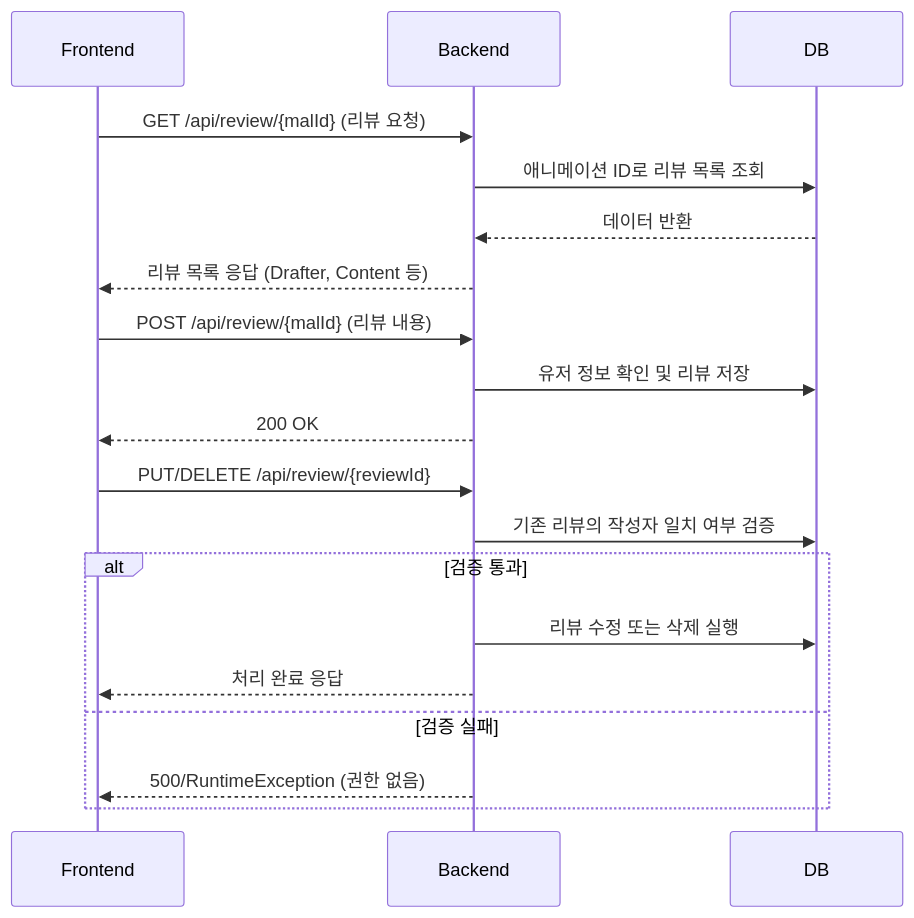
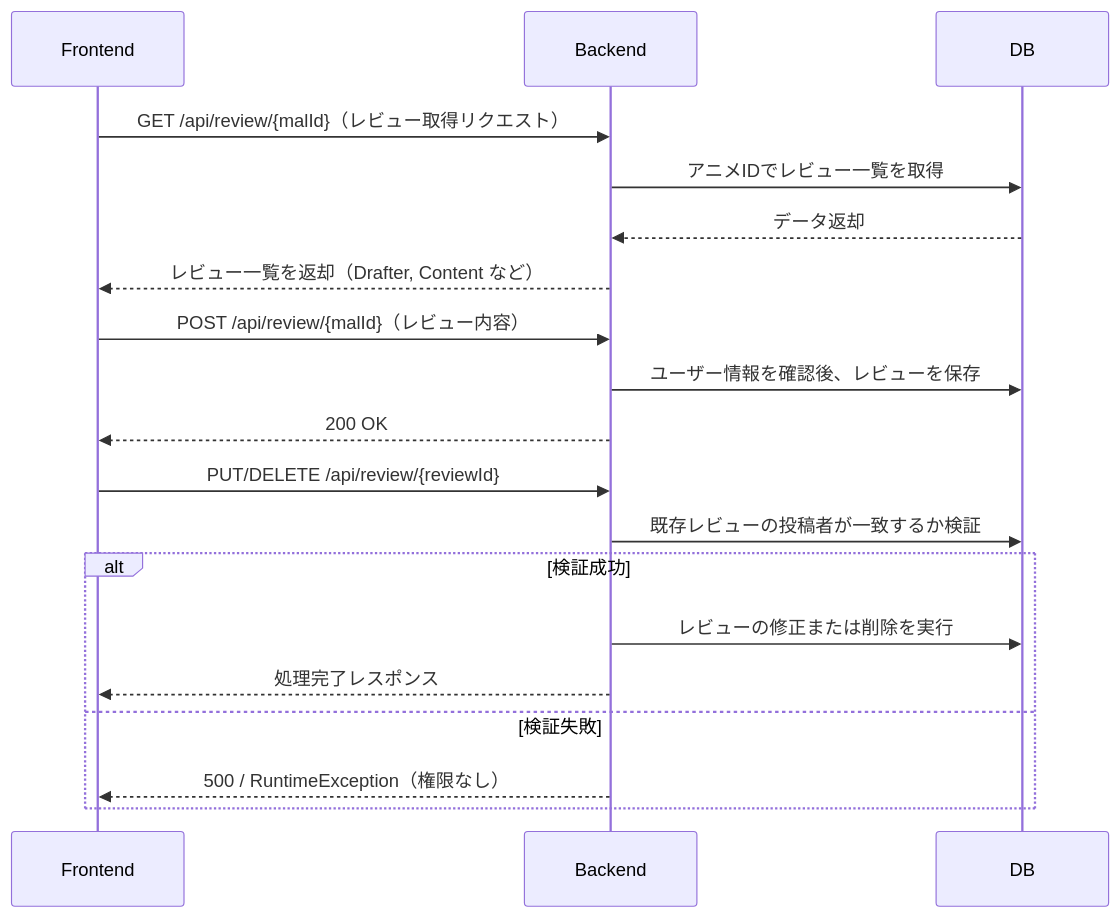
The eighth of 10 diagrams in README_img/SEQUENCE.md (You-HyunHo/ani-frontend), drawn with Mermaid before and after one commit. The commit also changed other lines of this file, not shown here.

````diff
--- a/README_img/SEQUENCE.md
+++ b/README_img/SEQUENCE.md
@@ -155,27 +155,28 @@
 ```mermaid
 sequenceDiagram
     participant FE as Frontend
     participant BE as Backend
     participant DB 
-    %% 1. 조회
-    FE->>BE: GET /api/review/{malId} (리뷰 요청)
-    BE->>DB: 애니메이션 ID로 리뷰 목록 조회
-    DB-->>BE: 데이터 반환
-    BE-->>FE: 리뷰 목록 응답 (Drafter, Content 등)
 
-    %% 2. 작성
-    FE->>BE: POST /api/review/{malId} (리뷰 내용)
-    BE->>DB: 유저 정보 확인 및 리뷰 저장
+    %% 1. 取得
+    FE->>BE: GET /api/review/{malId}（レビュー取得リクエスト）
+    BE->>DB: アニメIDでレビュー一覧を取得
+    DB-->>BE: データ返却
+    BE-->>FE: レビュー一覧を返却（Drafter, Content など）
+
+    %% 2. 作成
+    FE->>BE: POST /api/review/{malId}（レビュー内容）
+    BE->>DB: ユーザー情報を確認後、レビューを保存
     BE-->>FE: 200 OK
 
-    %% 3. 수정/삭제
+    %% 3. 修正／削除
     FE->>BE: PUT/DELETE /api/review/{reviewId}
-    BE->>DB: 기존 리뷰의 작성자 일치 여부 검증
+    BE->>DB: 既存レビューの投稿者が一致するか検証
     
-    alt 검증 통과
-        BE->>DB: 리뷰 수정 또는 삭제 실행
-        BE-->>FE: 처리 완료 응답
-    else 검증 실패
-        BE-->>FE: 500/RuntimeException (권한 없음)
+    alt 検証成功
+        BE->>DB: レビューの修正または削除を実行
+        BE-->>FE: 処理完了レスポンス
+    else 検証失敗
+        BE-->>FE: 500 / RuntimeException（権限なし）
     end
 ```
````
